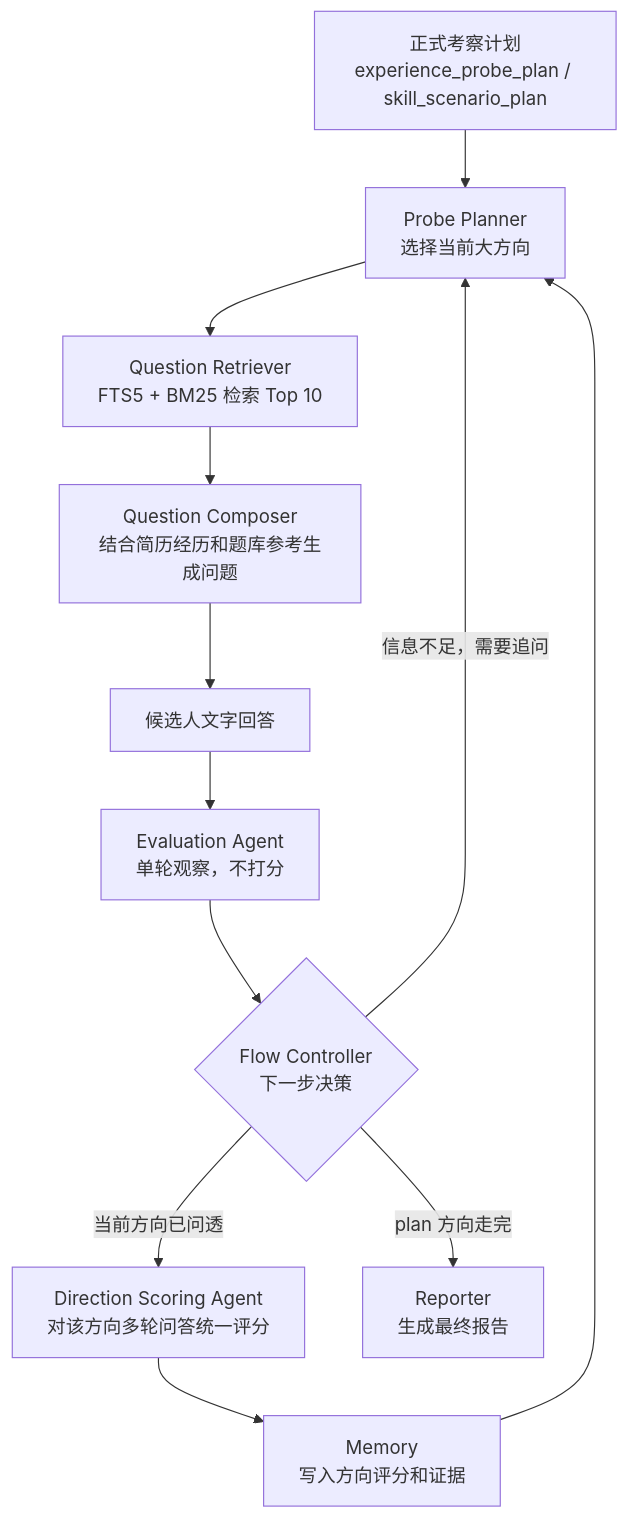
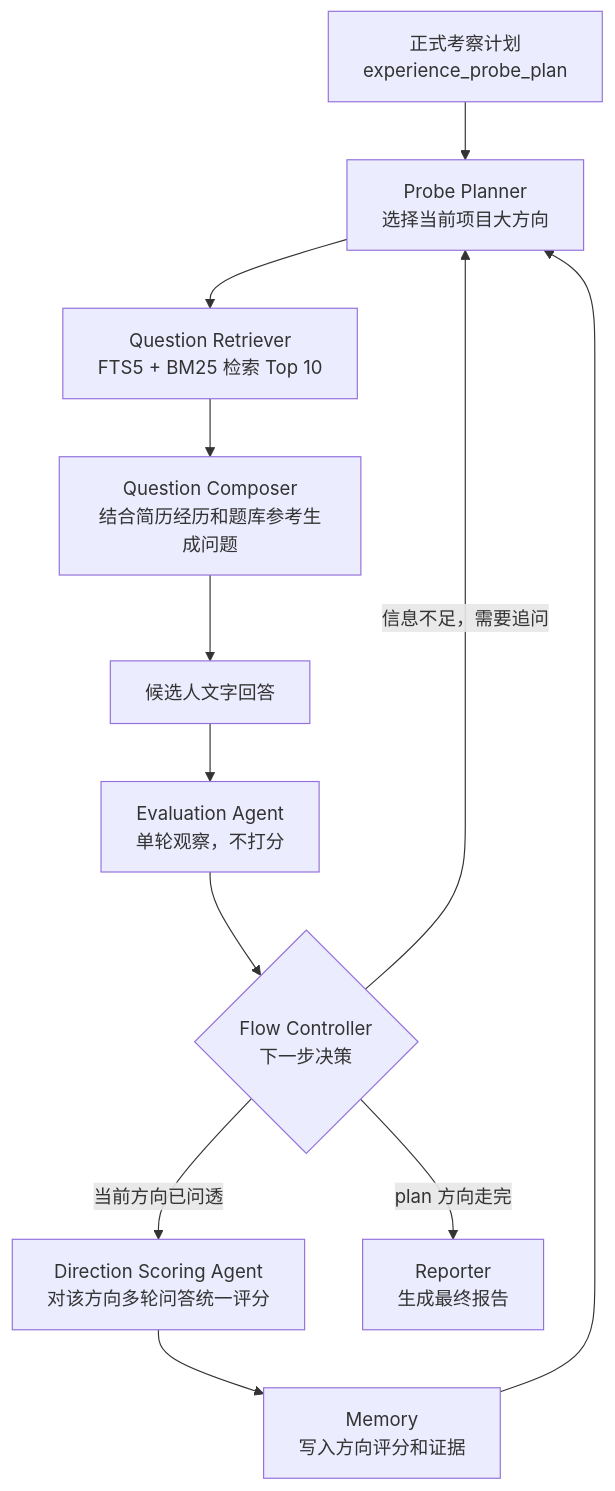
Before and after one commit to dwyyyyy/ai-interviewer: the second of 3 diagrams in README.md, drawn with Mermaid. The commit also changed other lines of this file and 5 other files, not shown here.

````diff
--- a/README.md
+++ b/README.md
@@ -178,19 +177,19 @@
 ```mermaid
 flowchart TD
-    A["正式考察计划<br/>experience_probe_plan / skill_scenario_plan"] --> B["Probe Planner<br/>选择当前大方向"]
+    A["正式考察计划<br/>experience_probe_plan"] --> B["Probe Planner<br/>选择当前项目大方向"]
 
     B --> C["Question Retriever<br/>FTS5 + BM25 检索 Top 10"]
     C --> D["Question Composer<br/>结合简历经历和题库参考生成问题"]
 
     D --> E["候选人文字回答"]
     E --> F["Evaluation Agent<br/>单轮观察，不打分"]
 
     F --> G{"Flow Controller<br/>下一步决策"}
 
     G -- "信息不足，需要追问" --> B
     G -- "当前方向已问透" --> H["Direction Scoring Agent<br/>对该方向多轮问答统一评分"]
     H --> I["Memory<br/>写入方向评分和证据"]
     I --> B
 
     G -- "plan 方向走完" --> J["Reporter<br/>生成最终报告"]
 ```
````
